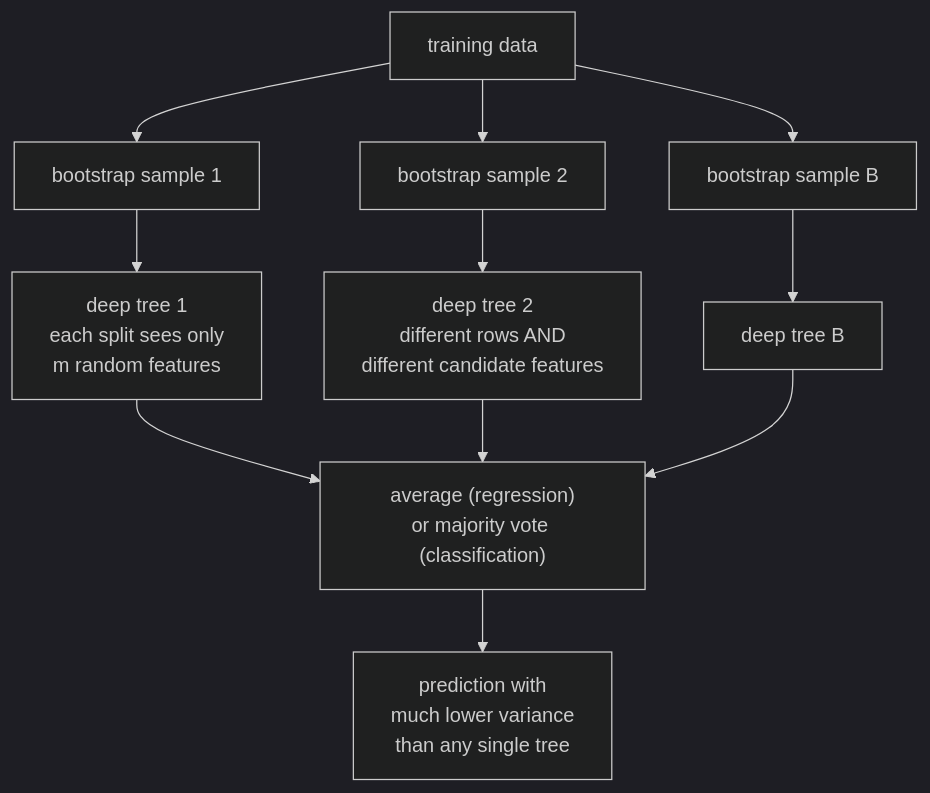
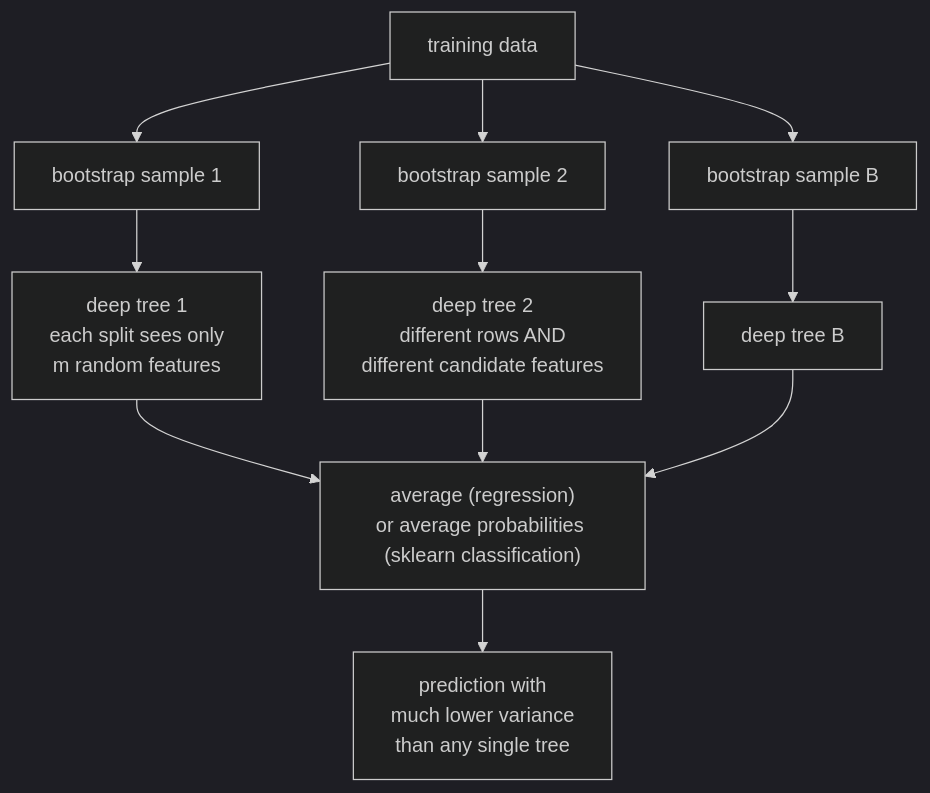
The second of 2 diagrams in content/notes/ml/trees-and-ensembles.md (alliedbrother/ml-interview-notes), drawn with Mermaid (dark theme) before and after one commit. The commit also changed other lines of this file and 217 other files, not shown here.

````diff
--- a/content/notes/ml/trees-and-ensembles.md
+++ b/content/notes/ml/trees-and-ensembles.md
@@ -141,13 +138,13 @@
 ```mermaid
 flowchart TD
     D["training data"] --> B1["bootstrap sample 1"]
     D --> B2["bootstrap sample 2"]
     D --> B3["bootstrap sample B"]
     B1 --> T1["deep tree 1<br/>each split sees only<br/>m random features"]
     B2 --> T2["deep tree 2<br/>different rows AND<br/>different candidate features"]
     B3 --> T3["deep tree B"]
-    T1 --> V["average (regression)<br/>or majority vote (classification)"]
+    T1 --> V["average (regression)<br/>or average probabilities (sklearn classification)"]
     T2 --> V
     T3 --> V
     V --> OUT["prediction with<br/>much lower variance<br/>than any single tree"]
 ```
````
